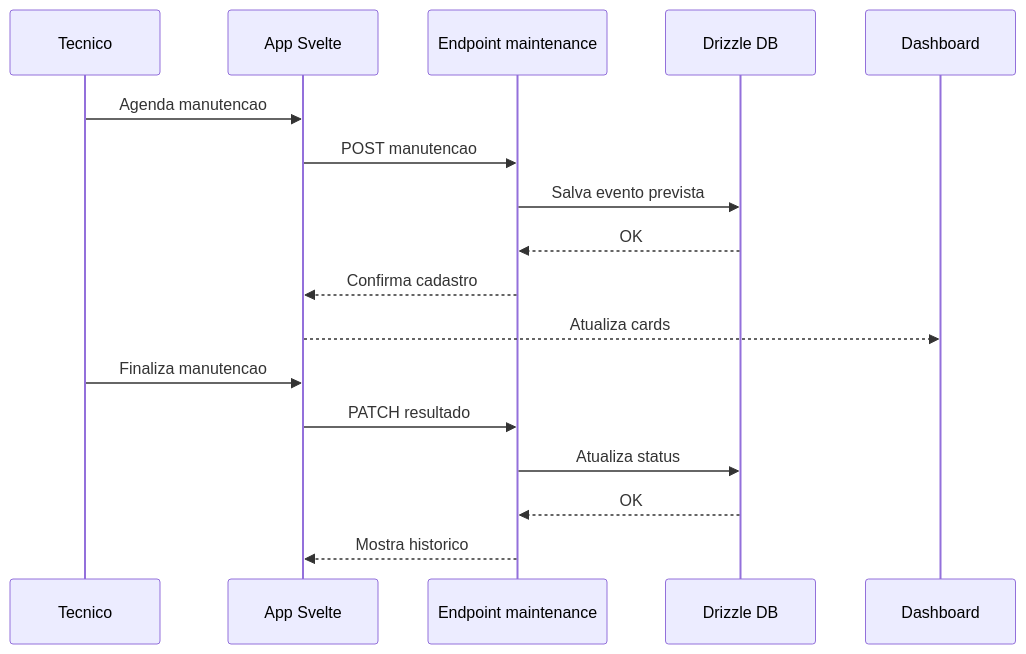
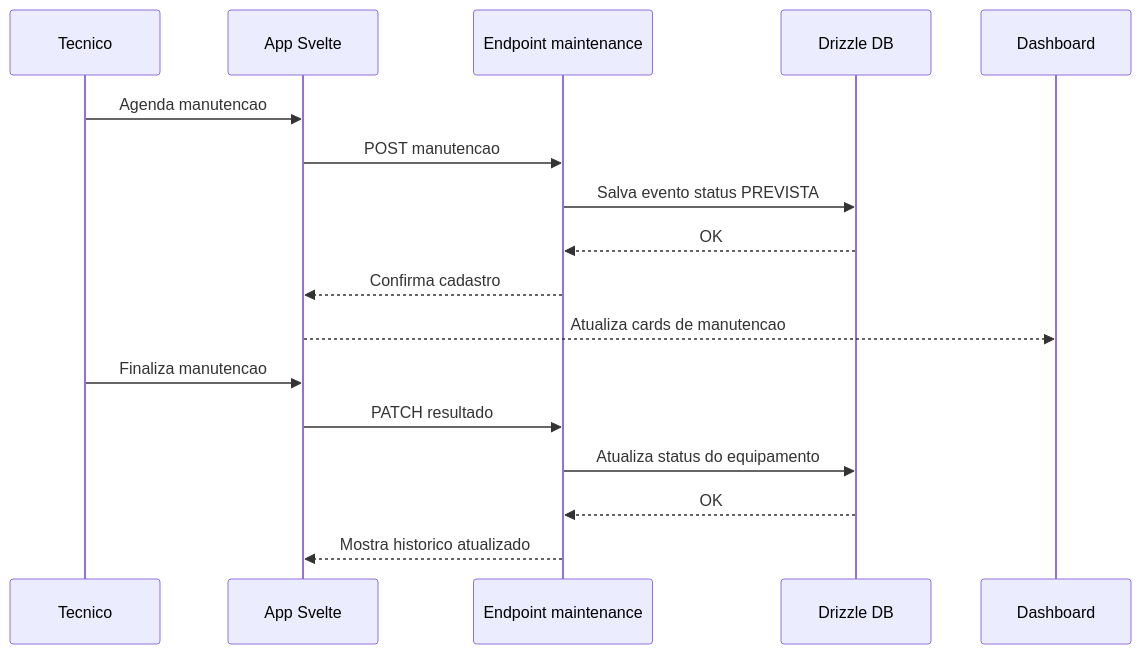
Before and after one commit to ideiascasa/Controle-de-Equipamentos: the third of 3 diagrams in SPEC.md, drawn with Mermaid. The commit also changed other lines of this file and 4 other files, not shown here.

````diff
--- a/SPEC.md
+++ b/SPEC.md
@@ -75,19 +81,19 @@
 ```mermaid
 sequenceDiagram
     participant Tec as Tecnico
     participant UI as App Svelte
     participant SV as Endpoint maintenance
     participant DB as Drizzle DB
     participant Dash as Dashboard
     Tec->>UI: Agenda manutencao
     UI->>SV: POST manutencao
-    SV->>DB: Salva evento prevista
+    SV->>DB: Salva evento status PREVISTA
     DB-->>SV: OK
     SV-->>UI: Confirma cadastro
-    UI-->>Dash: Atualiza cards
+    UI-->>Dash: Atualiza cards de manutencao
     Tec->>UI: Finaliza manutencao
     UI->>SV: PATCH resultado
-    SV->>DB: Atualiza status
+    SV->>DB: Atualiza status do equipamento
     DB-->>SV: OK
-    SV-->>UI: Mostra historico
+    SV-->>UI: Mostra historico atualizado
 ```
````
